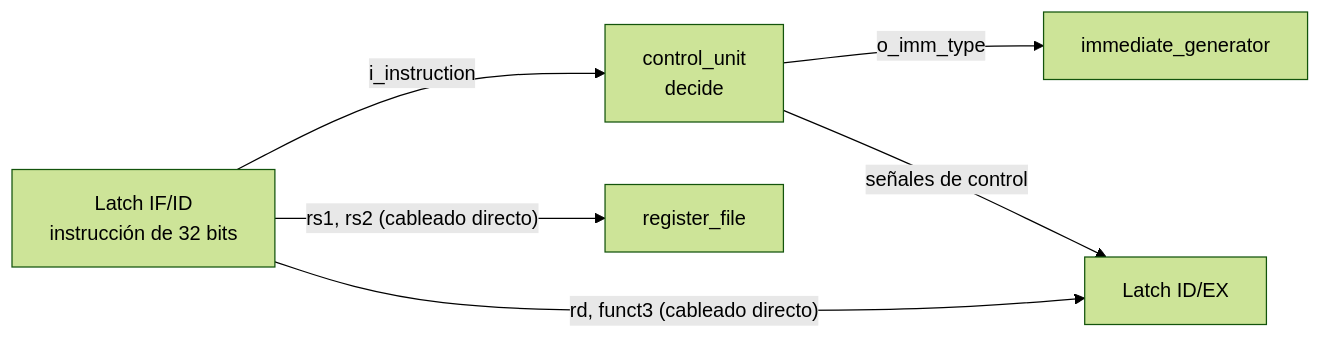
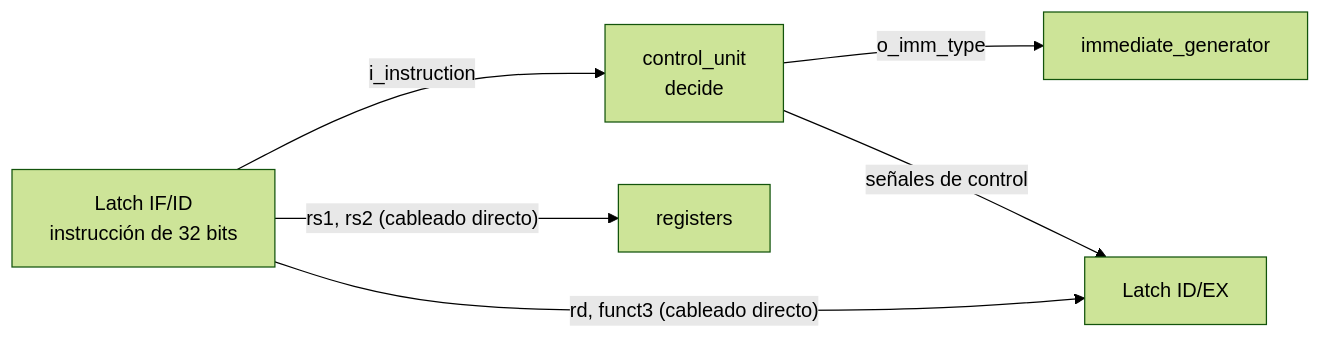
The second of 3 diagrams in TP_FINAL/cpu/README.md (Nick07242000/arqui-tps), drawn with Mermaid (forest theme) before and after one commit. The commit also changed other lines of this file and 8 other files, not shown here.

````diff
--- a/TP_FINAL/cpu/README.md
+++ b/TP_FINAL/cpu/README.md
@@ -246,8 +247,8 @@
 ```mermaid
 flowchart LR
   IFID["Latch IF/ID<br/>instrucción de 32 bits"] -->|"i_instruction"| CU["control_unit<br/>decide"]
-  IFID -->|"rs1, rs2 (cableado directo)"| RF["register_file"]
+  IFID -->|"rs1, rs2 (cableado directo)"| RF["registers"]
   IFID -->|"rd, funct3 (cableado directo)"| IDEX["Latch ID/EX"]
   CU -->|"o_imm_type"| IG["immediate_generator"]
   CU -->|"señales de control"| IDEX
 ```
````
